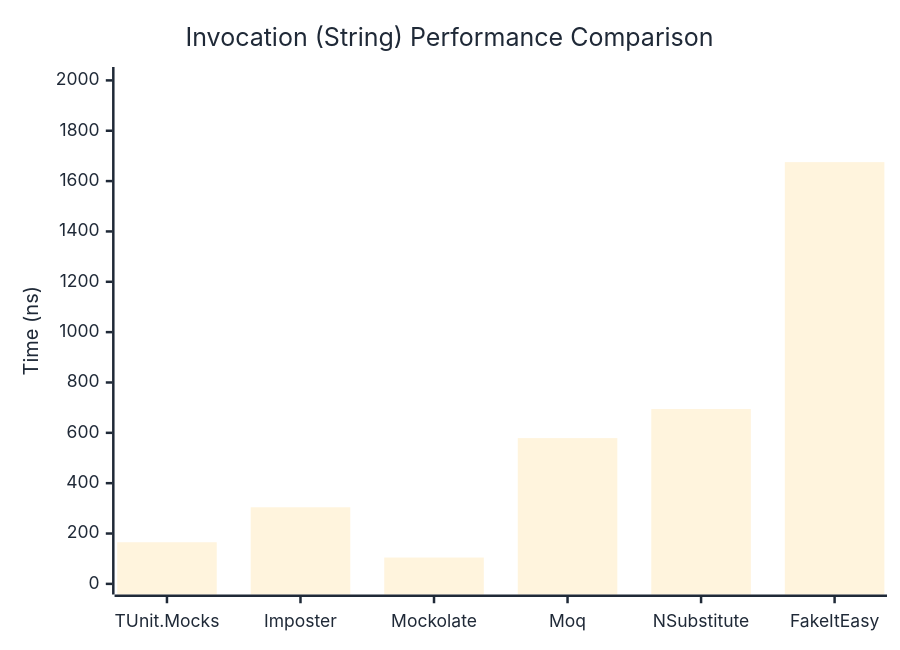
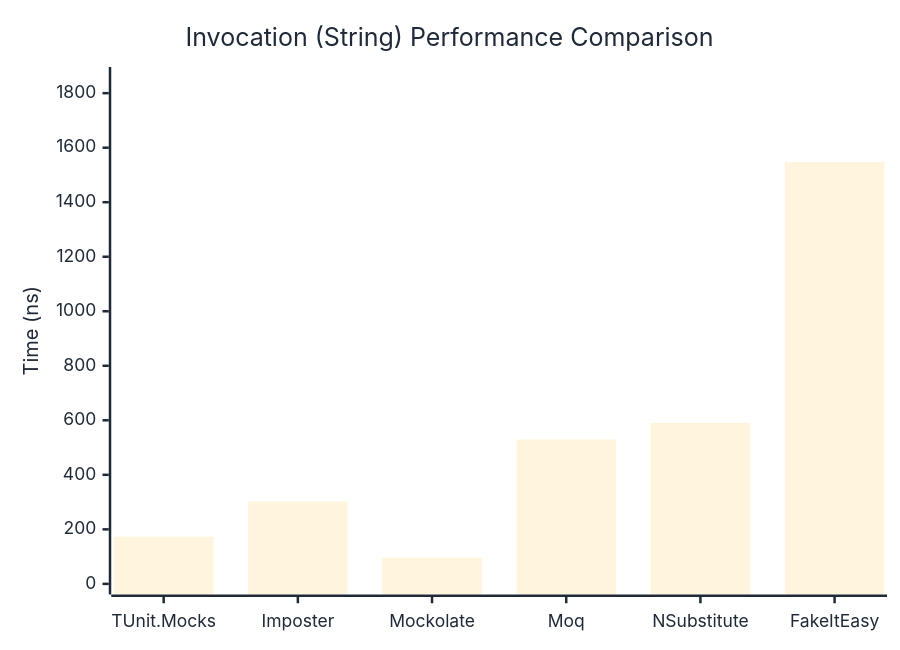
One commit to thomhurst/TUnit changed the second of 3 diagrams in docs/docs/benchmarks/mocks/Invocation.md. Above: the diagram before and after it, drawn with Mermaid. The commit also changed other lines of this file and 14 other files, not shown here.

````diff
--- a/docs/docs/benchmarks/mocks/Invocation.md
+++ b/docs/docs/benchmarks/mocks/Invocation.md
@@ -71,27 +71,27 @@
 ```mermaid
 %%{init: {
   'theme':'base',
   'themeVariables': {
     'primaryColor': '#2563eb',
     'primaryTextColor': '#1f2937',
     'primaryBorderColor': '#1e40af',
     'lineColor': '#6b7280',
     'secondaryColor': '#7c3aed',
     'tertiaryColor': '#dc2626',
     'background': '#ffffff',
     'pie1': '#2563eb',
     'pie2': '#7c3aed',
     'pie3': '#dc2626',
     'pie4': '#f59e0b',
     'pie5': '#10b981',
     'pie6': '#06b6d4',
     'pie7': '#ec4899',
     'pie8': '#6366f1'
   }
 }}%%
 xychart-beta
   title "Invocation (String) Performance Comparison"
   x-axis ["TUnit.Mocks", "Imposter", "Mockolate", "Moq", "NSubstitute", "FakeItEasy"]
-  y-axis "Time (ns)" 0 --> 2011
-  bar [165.4, 304.3, 104.7, 579.1, 694.5, 1675.3]
+  y-axis "Time (ns)" 0 --> 1857
+  bar [173.02, 302.09, 96.4, 529.75, 590.63, 1547.39]
 ```
````
